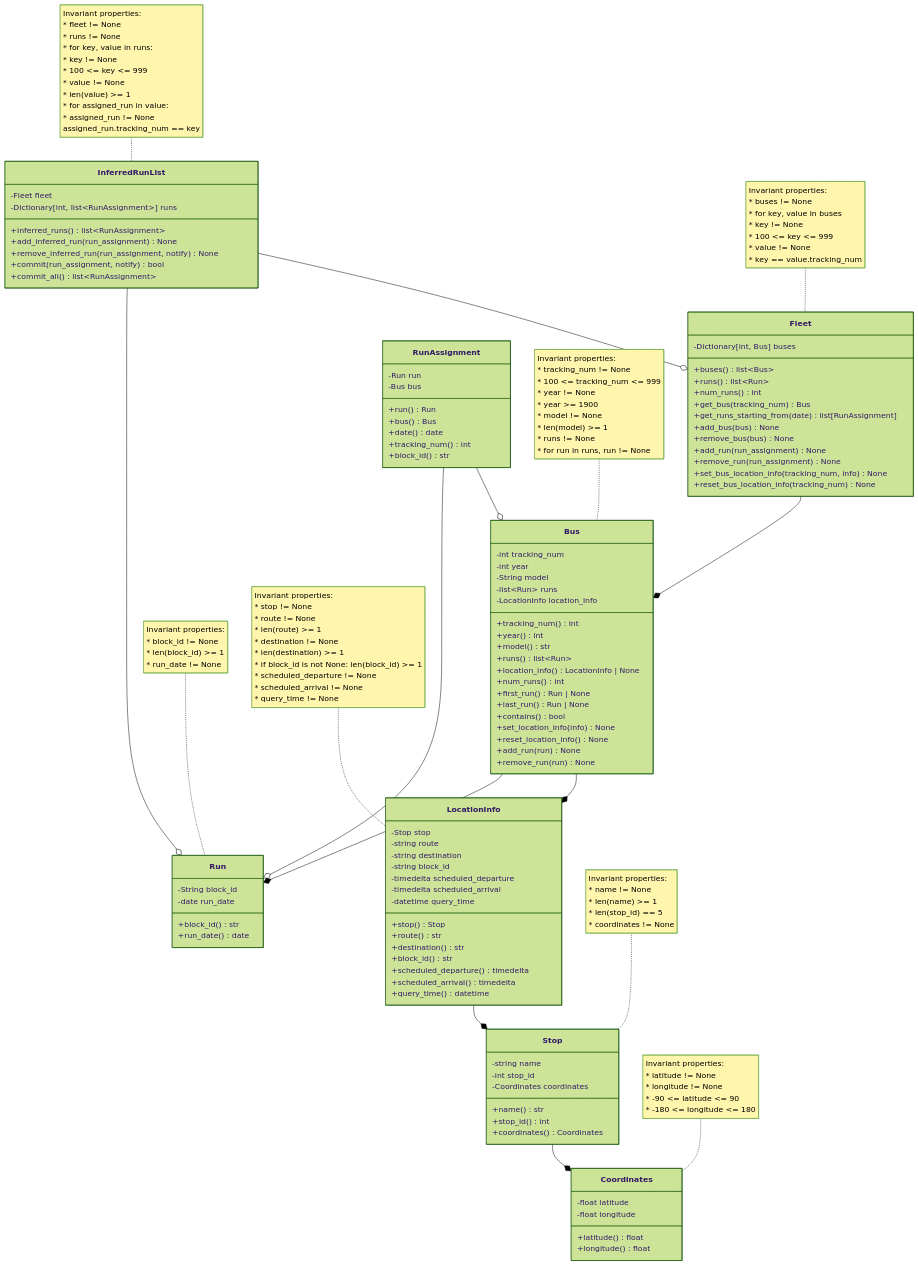
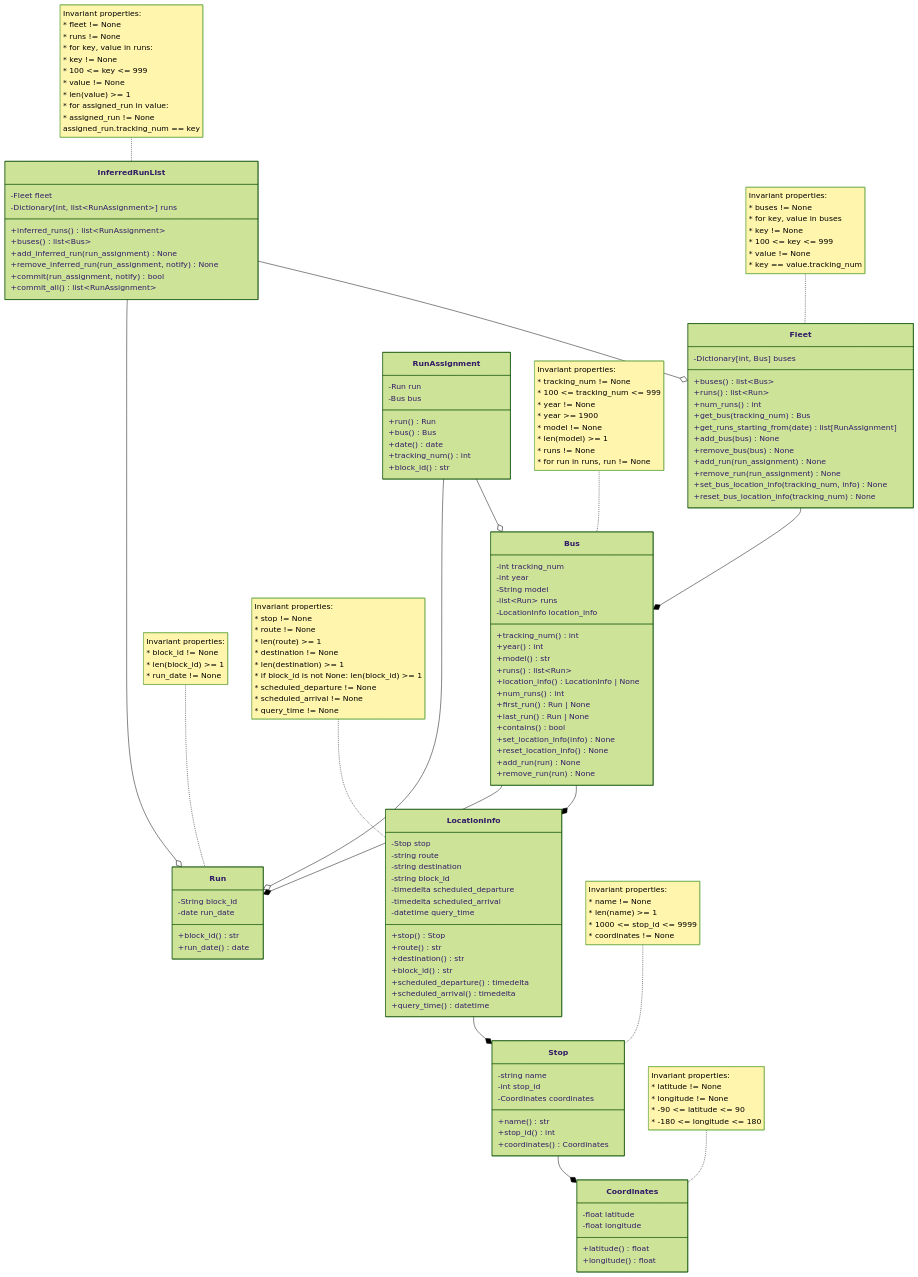
Before and after one commit to Michel-Prejet/zeb-tracker: the diagram in domain.md, drawn with Mermaid (forest theme). The commit also changed 114 other files, not shown here.

```diff
--- a/domain.md
+++ b/domain.md
@@ -36,6 +36,7 @@
         -Dictionary[int, list~RunAssignment~] runs
 
         +inferred_runs() list~RunAssignment~
+        +buses() list~Bus~
         +add_inferred_run(run_assignment) None
         +remove_inferred_run(run_assignment, notify) None
         +commit(run_assignment, notify) bool
@@ -168,7 +169,7 @@
     note for Stop"Invariant properties:
     * name != None
     * len(name) >= 1
-    * len(stop_id) == 5
+    * 1000 <= stop_id <= 9999
     * coordinates != None    
     "
     
```
